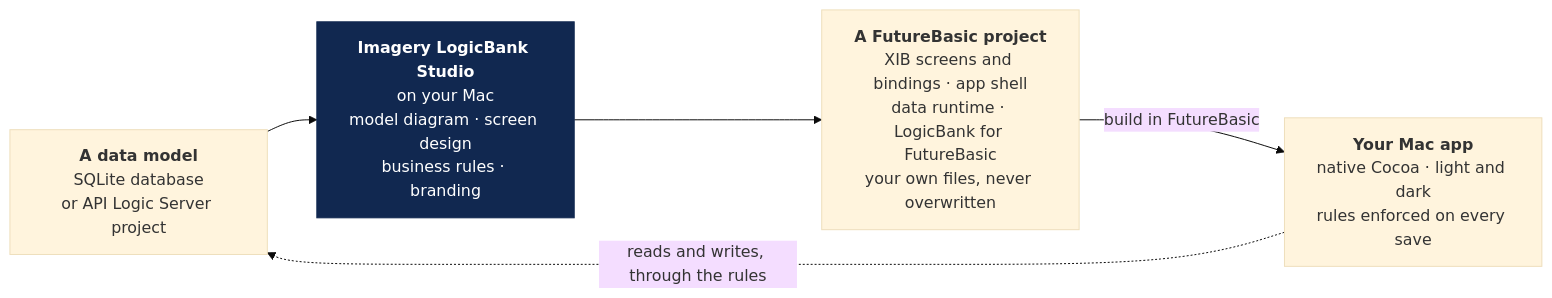
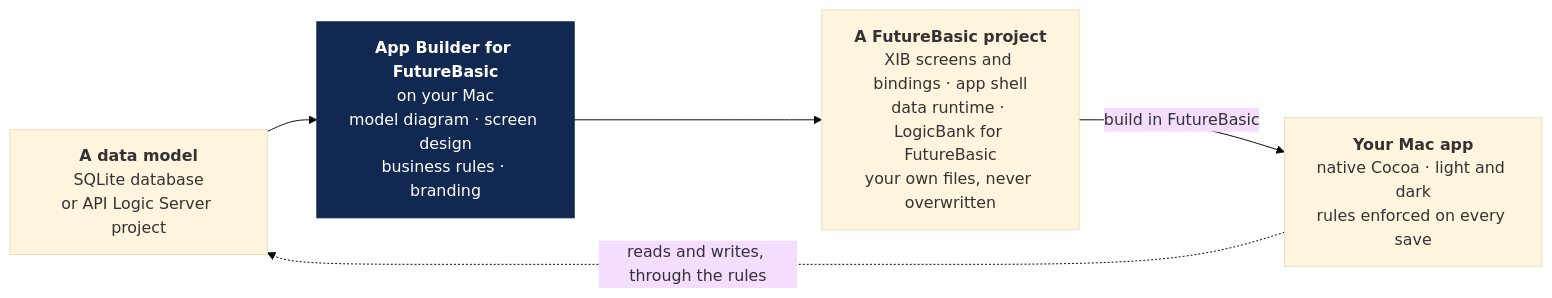
Before and after one commit to thomasgpeters/Api_Logic_Client: the diagram in docs/DOC_ONE_PAGER.md, drawn with Mermaid (base theme). The commit also changed other lines of this file and 112 other files, not shown here.

First line of the commit message:
Names: App Builder for FutureBasic, built as Studio for FB; src/Generator is src/AppBuilder

````diff
--- a/docs/DOC_ONE_PAGER.md
+++ b/docs/DOC_ONE_PAGER.md
@@ -23,10 +23,10 @@
 ```mermaid
 flowchart LR
     M["<b>A data model</b><br/>SQLite database<br/>or API Logic Server project"]
-    S["<b>Imagery LogicBank Studio</b><br/>on your Mac<br/>model diagram · screen design<br/>business rules · branding"]
+    S["<b>App Builder for FutureBasic</b><br/>on your Mac<br/>model diagram · screen design<br/>business rules · branding"]
     P["<b>A FutureBasic project</b><br/>XIB screens and bindings · app shell<br/>data runtime · LogicBank for FutureBasic<br/>your own files, never overwritten"]
     A["<b>Your Mac app</b><br/>native Cocoa · light and dark<br/>rules enforced on every save"]
     M --> S --> P -->|build in FutureBasic| A
     A -.->|reads and writes, through the rules| M
     style S fill:#112850,color:#ffffff,stroke:#112850
 ```
````
